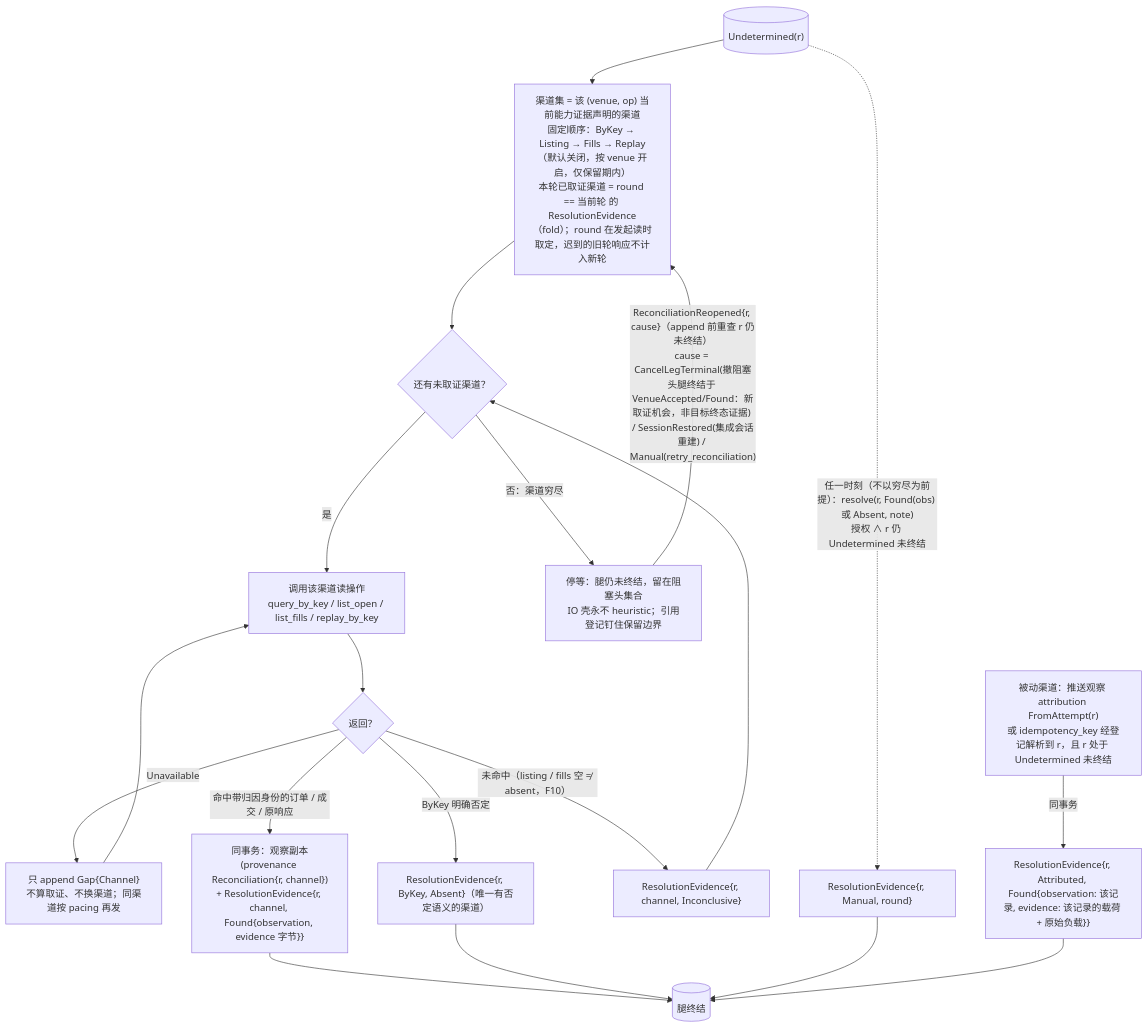
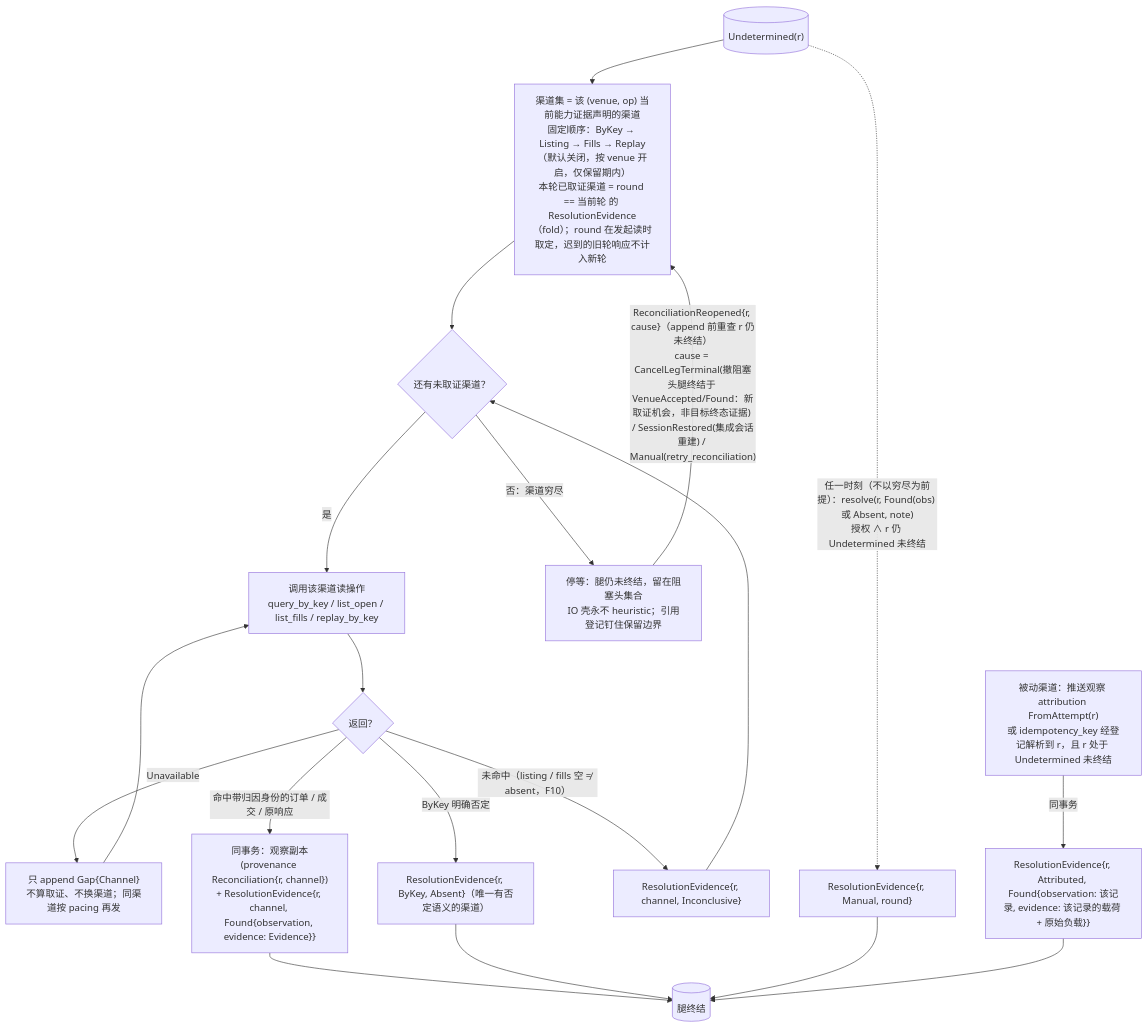
One commit to mouriya-s-lab/uta changed the second of 7 diagrams in design/diagrams/06-io-shell-attempt.md. Above: the diagram before and after it, drawn with Mermaid. The commit also changed other lines of this file and 13 other files, not shown here.

First line of the commit message:
design: align text and diagrams with upstream-authority amendment after full read

````diff
--- a/design/diagrams/06-io-shell-attempt.md
+++ b/design/diagrams/06-io-shell-attempt.md
@@ -54,22 +54,22 @@
 ```mermaid
 flowchart TB
   UD[("Undetermined(r)")]
   UD --> CH0["渠道集 = 该 (venue, op) 当前能力证据声明的渠道<br/>固定顺序：ByKey → Listing → Fills → Replay（默认关闭，按 venue 开启，仅保留期内）<br/>本轮已取证渠道 = round == 当前轮 的 ResolutionEvidence（fold）；round 在发起读时取定，迟到的旧轮响应不计入新轮"]
   CH0 --> NEXT{"还有未取证渠道？"}
   NEXT -->|"是"| CALL["调用该渠道读操作<br/>query_by_key / list_open / list_fills / replay_by_key"]
   CALL --> RES{"返回？"}
   RES -->|"Unavailable"| GAP["只 append Gap{Channel}<br/>不算取证、不换渠道；同渠道按 pacing 再发"]
   GAP --> CALL
-  RES -->|"命中带归因身份的订单 / 成交 / 原响应"| FOUND["同事务：观察副本(provenance Reconciliation{r, channel})<br/>+ ResolutionEvidence{r, channel, Found{observation, evidence 字节}}"]
+  RES -->|"命中带归因身份的订单 / 成交 / 原响应"| FOUND["同事务：观察副本(provenance Reconciliation{r, channel})<br/>+ ResolutionEvidence{r, channel, Found{observation, evidence: Evidence}}"]
   RES -->|"ByKey 明确否定"| ABS["ResolutionEvidence{r, ByKey, Absent}（唯一有否定语义的渠道）"]
   RES -->|"未命中（listing / fills 空 ≠ absent，F10）"| INC["ResolutionEvidence{r, channel, Inconclusive}"]
   INC --> NEXT
   NEXT -->|"否：渠道穷尽"| WAIT["停等：腿仍未终结，留在阻塞头集合<br/>IO 壳永不 heuristic；引用登记钉住保留边界"]
   UD -.->|"任一时刻（不以穷尽为前提）：resolve(r, Found(obs) 或 Absent, note)<br/>授权 ∧ r 仍 Undetermined 未终结"| MAN["ResolutionEvidence{r, Manual, round}"]
   WAIT -->|"ReconciliationReopened{r, cause}（append 前重查 r 仍未终结）<br/>cause = CancelLegTerminal(撤阻塞头腿终结于 VenueAccepted/Found：新取证机会，非目标终态证据) / SessionRestored(集成会话重建) / Manual(retry_reconciliation)"| CH0
   ATTR["被动渠道：推送观察 attribution FromAttempt(r)<br/>或 idempotency_key 经登记解析到 r，且 r 处于 Undetermined 未终结"] -->|"同事务"| ATT["ResolutionEvidence{r, Attributed, Found{observation: 该记录, evidence: 该记录的载荷 + 原始负载}}"]
   FOUND --> RS[("腿终结")]
   ABS --> RS
   MAN --> RS
   ATT --> RS
 ```
````
